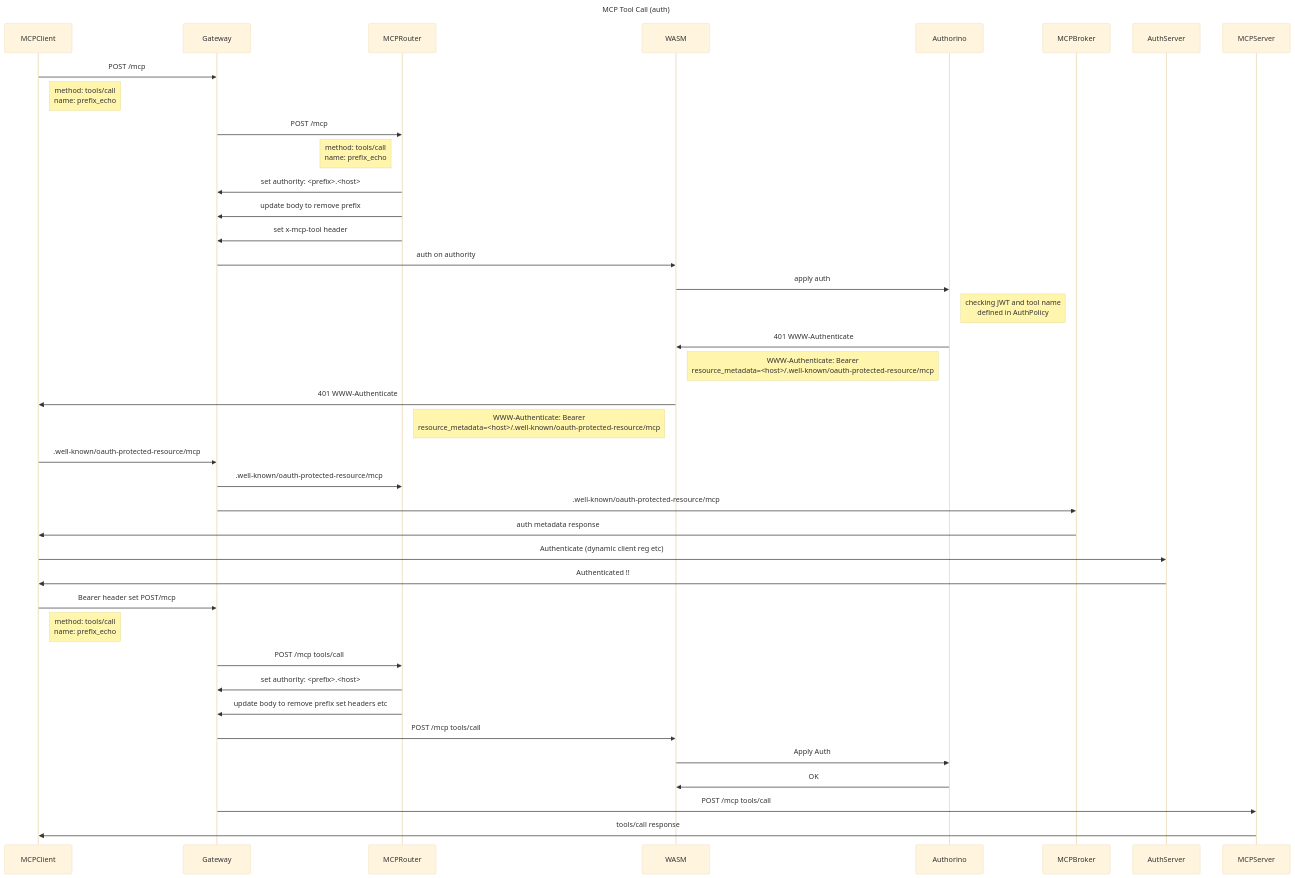
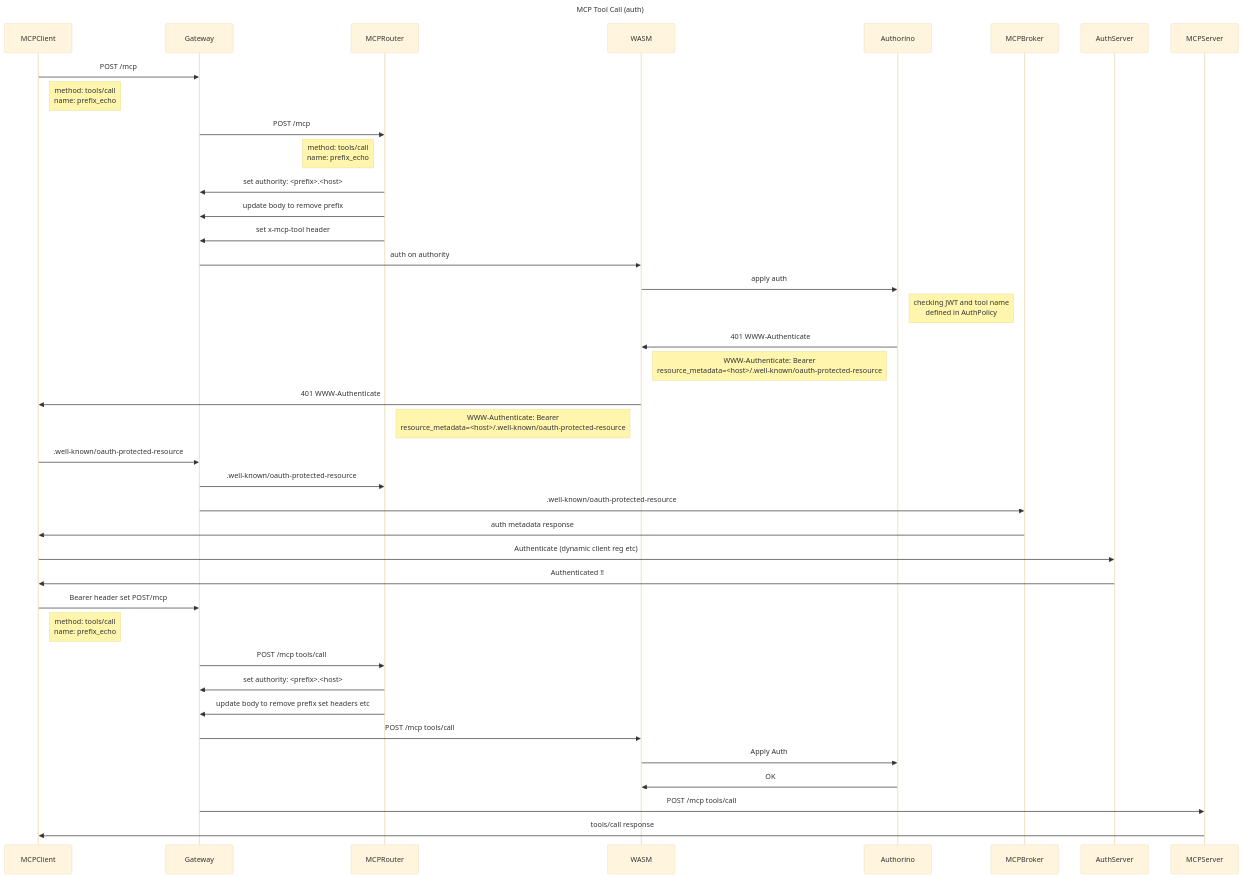
One commit to Kuadrant/mcp-gateway changed the seventh of 7 diagrams in docs/design/flows.md. Above: the diagram before and after it, drawn with Mermaid (base theme). The commit also changed other lines of this file and 3 other files, not shown here.

````diff
--- a/docs/design/flows.md
+++ b/docs/design/flows.md
@@ -177,34 +177,34 @@
 ```mermaid
 sequenceDiagram
         title MCP Tool Call (auth)
         MCPClient->>Gateway: POST /mcp
         note right of MCPClient: method: tools/call <br/> name: prefix_echo
         Gateway->>MCPRouter: POST /mcp
         note left of MCPRouter: method: tools/call <br/> name: prefix_echo
         MCPRouter->>Gateway: set authority: <prefix>.<host>
         MCPRouter->>Gateway: update body to remove prefix
         MCPRouter->>Gateway: set x-mcp-tool header
         Gateway->>WASM: auth on authority
         WASM->>Authorino: apply auth
         note right of Authorino: checking JWT and tool name <br/> defined in AuthPolicy
         Authorino->>WASM: 401 WWW-Authenticate
-        note left of Authorino: WWW-Authenticate: Bearer <br/> resource_metadata=<host>/.well-known/oauth-protected-resource/mcp
+        note left of Authorino: WWW-Authenticate: Bearer <br/> resource_metadata=<host>/.well-known/oauth-protected-resource
         WASM->>MCPClient: 401 WWW-Authenticate
-        note left of WASM: WWW-Authenticate: Bearer <br/> resource_metadata=<host>/.well-known/oauth-protected-resource/mcp
-        MCPClient->>Gateway: .well-known/oauth-protected-resource/mcp
-        Gateway->>MCPRouter: .well-known/oauth-protected-resource/mcp
-        Gateway->>MCPBroker: .well-known/oauth-protected-resource/mcp
+        note left of WASM: WWW-Authenticate: Bearer <br/> resource_metadata=<host>/.well-known/oauth-protected-resource
+        MCPClient->>Gateway: .well-known/oauth-protected-resource
+        Gateway->>MCPRouter: .well-known/oauth-protected-resource
+        Gateway->>MCPBroker: .well-known/oauth-protected-resource
         MCPBroker->>MCPClient: auth metadata response
         MCPClient->>AuthServer: Authenticate (dynamic client reg etc)
         AuthServer->>MCPClient: Authenticated !!
         MCPClient->>Gateway: Bearer header set POST/mcp
         note right of MCPClient: method: tools/call <br/> name: prefix_echo
         Gateway->>MCPRouter: POST /mcp tools/call
         MCPRouter->>Gateway: set authority: <prefix>.<host>
         MCPRouter->>Gateway: update body to remove prefix set headers etc
         Gateway->>WASM: POST /mcp tools/call
         WASM->>Authorino: Apply Auth
         Authorino->>WASM: OK
         Gateway->>MCPServer: POST /mcp tools/call
         MCPServer->>MCPClient: tools/call response
 ```
````
